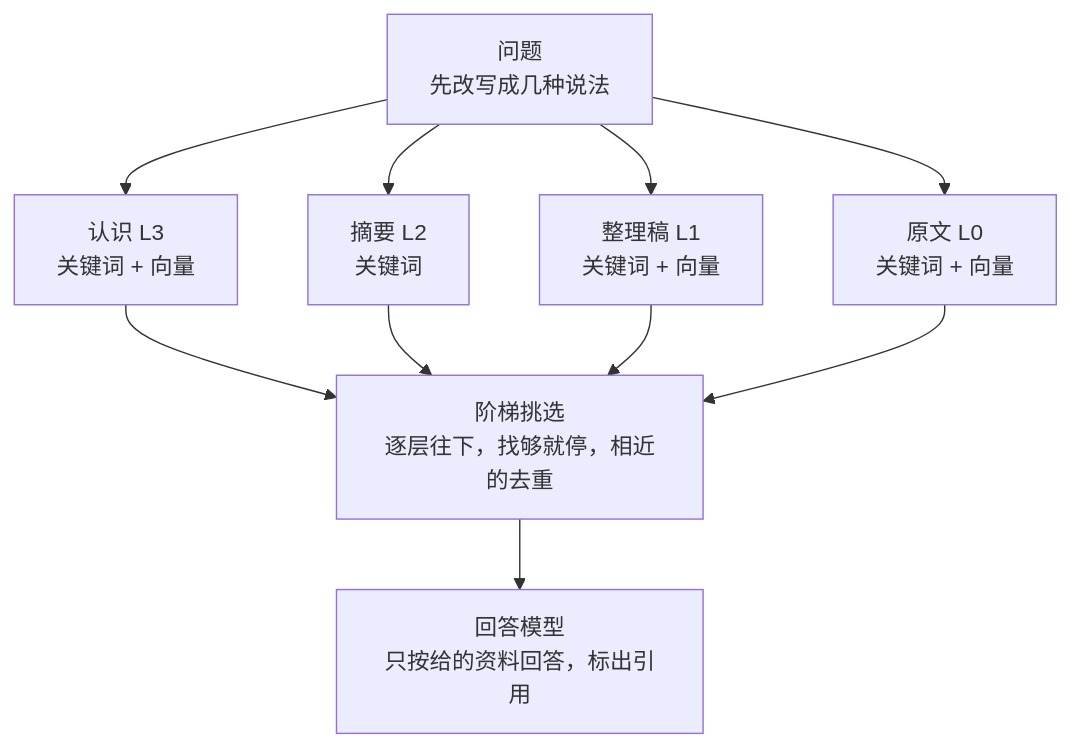
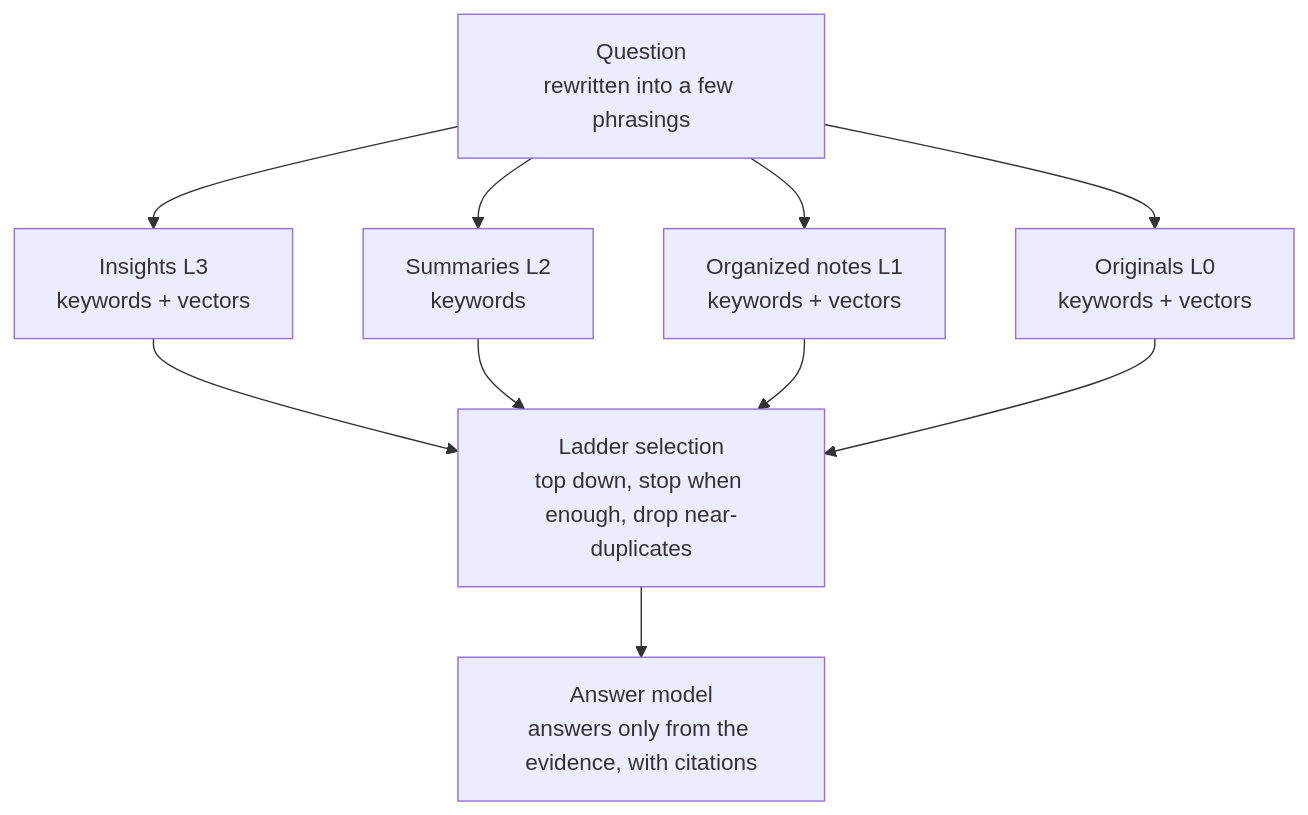
The second of 2 diagrams in README.md (qingmingyiyang/Incremind), drawn with Mermaid before and after one commit. The commit also changed other lines of this file and 3 other files, not shown here.

````diff
--- a/README.md
+++ b/README.md
@@ -271,9 +286,9 @@
 ```mermaid
 flowchart TB
-  Q["问题<br/>先改写成几种说法"] --> L3["认识 L3<br/>关键词 + 向量"]
-  Q --> L2["摘要 L2<br/>关键词"]
-  Q --> L1["整理稿 L1<br/>关键词 + 向量"]
-  Q --> L0["原文 L0<br/>关键词 + 向量"]
-  L3 & L2 & L1 & L0 --> S["阶梯挑选<br/>逐层往下，找够就停，相近的去重"]
-  S --> A["回答模型<br/>只按给的资料回答，标出引用"]
+  Q["Question<br/>rewritten into a few phrasings"] --> L3["Insights L3<br/>keywords + vectors"]
+  Q --> L2["Summaries L2<br/>keywords"]
+  Q --> L1["Organized notes L1<br/>keywords + vectors"]
+  Q --> L0["Originals L0<br/>keywords + vectors"]
+  L3 & L2 & L1 & L0 --> S["Ladder selection<br/>top down, stop when enough, drop near-duplicates"]
+  S --> A["Answer model<br/>answers only from the evidence, with citations"]
 ```
````
